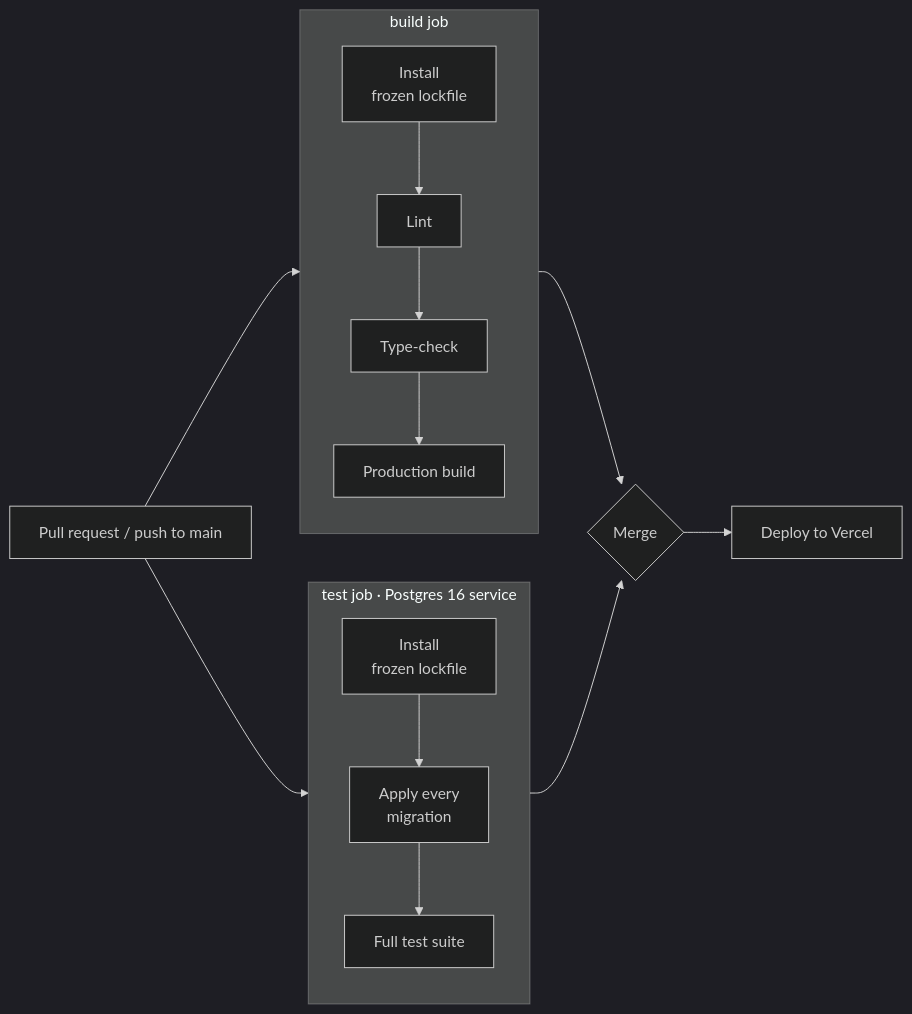
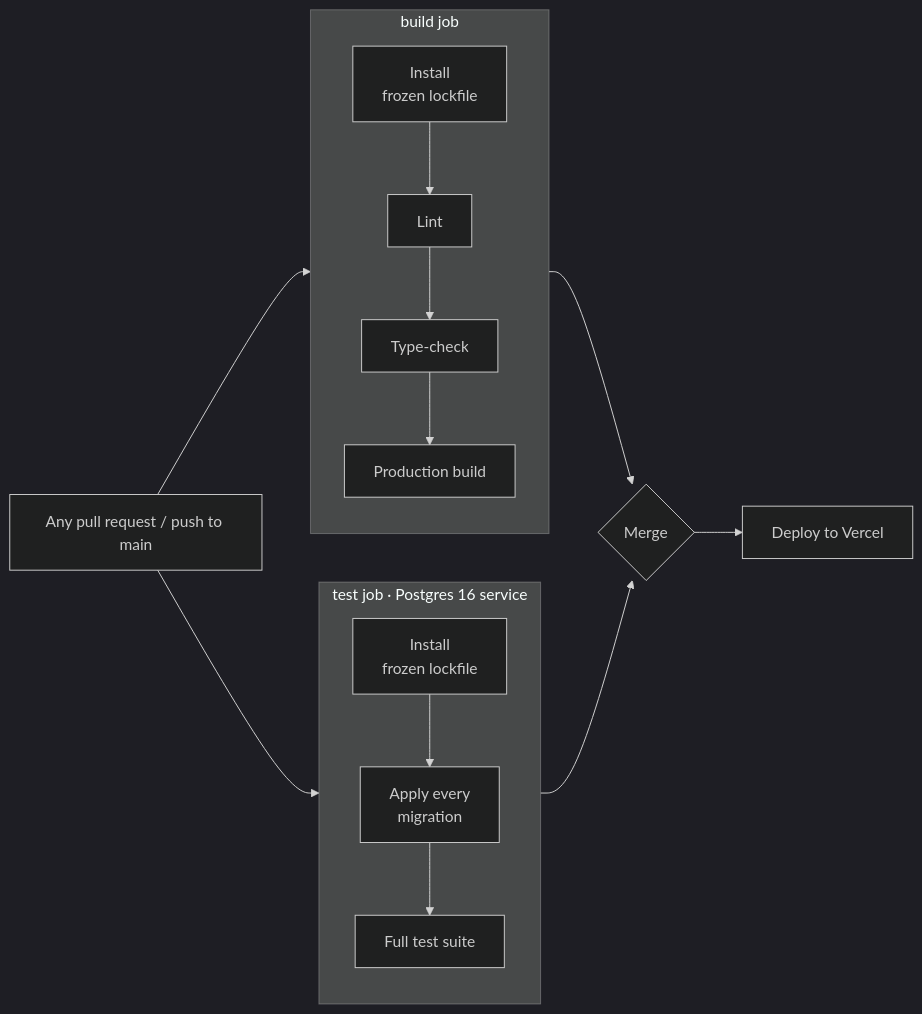
One commit to mahmoud-abo-al-ela/AutoMe changed the third of 3 diagrams in README.md. Above: the diagram before and after it, drawn with Mermaid (dark theme). The commit also changed other lines of this file and 1 other file, not shown here.

Commit message:
ci: check every pull request, not only those into main
Work is stacked on feature branches (feat/ai-foundation -> feat/phase-3-localization -> main), so the main-only filter left those PRs unchecked until the last merge. Also runnable by hand from the Actions tab.

````diff
--- a/README.md
+++ b/README.md
@@ -227,12 +227,12 @@
 ```mermaid
 flowchart LR
-    PR[Pull request / push to main] --> Build & Test
+    PR[Any pull request / push to main] --> Build & Test
     subgraph Build["build job"]
         B1[Install<br/>frozen lockfile] --> B2[Lint] --> B3[Type-check] --> B4[Production build]
     end
     subgraph Test["test job · Postgres 16 service"]
         T1[Install<br/>frozen lockfile] --> T2[Apply every<br/>migration] --> T3[Full test suite]
     end
     Build & Test --> Merge{Merge}
     Merge --> Deploy[Deploy to Vercel]
 ```
````
